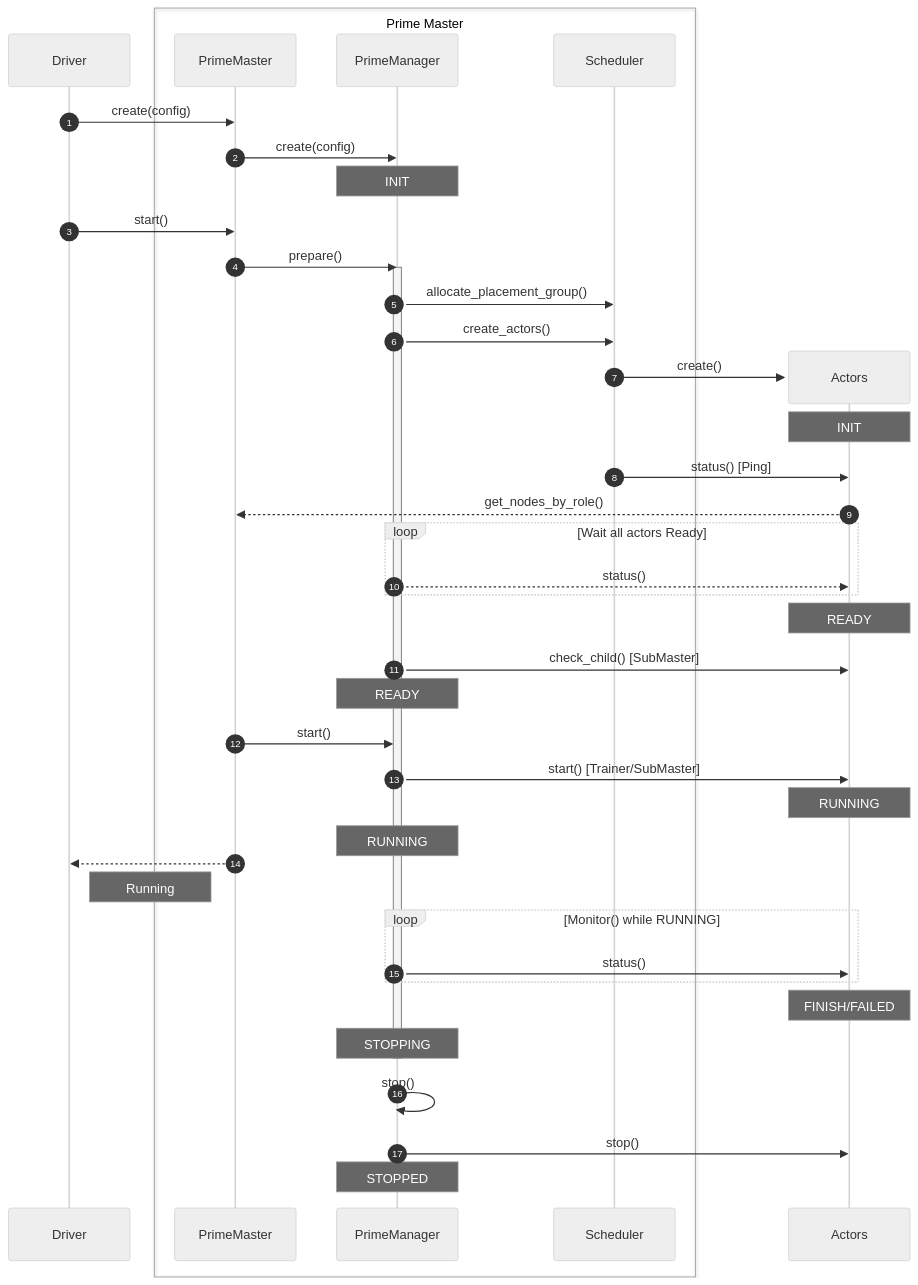
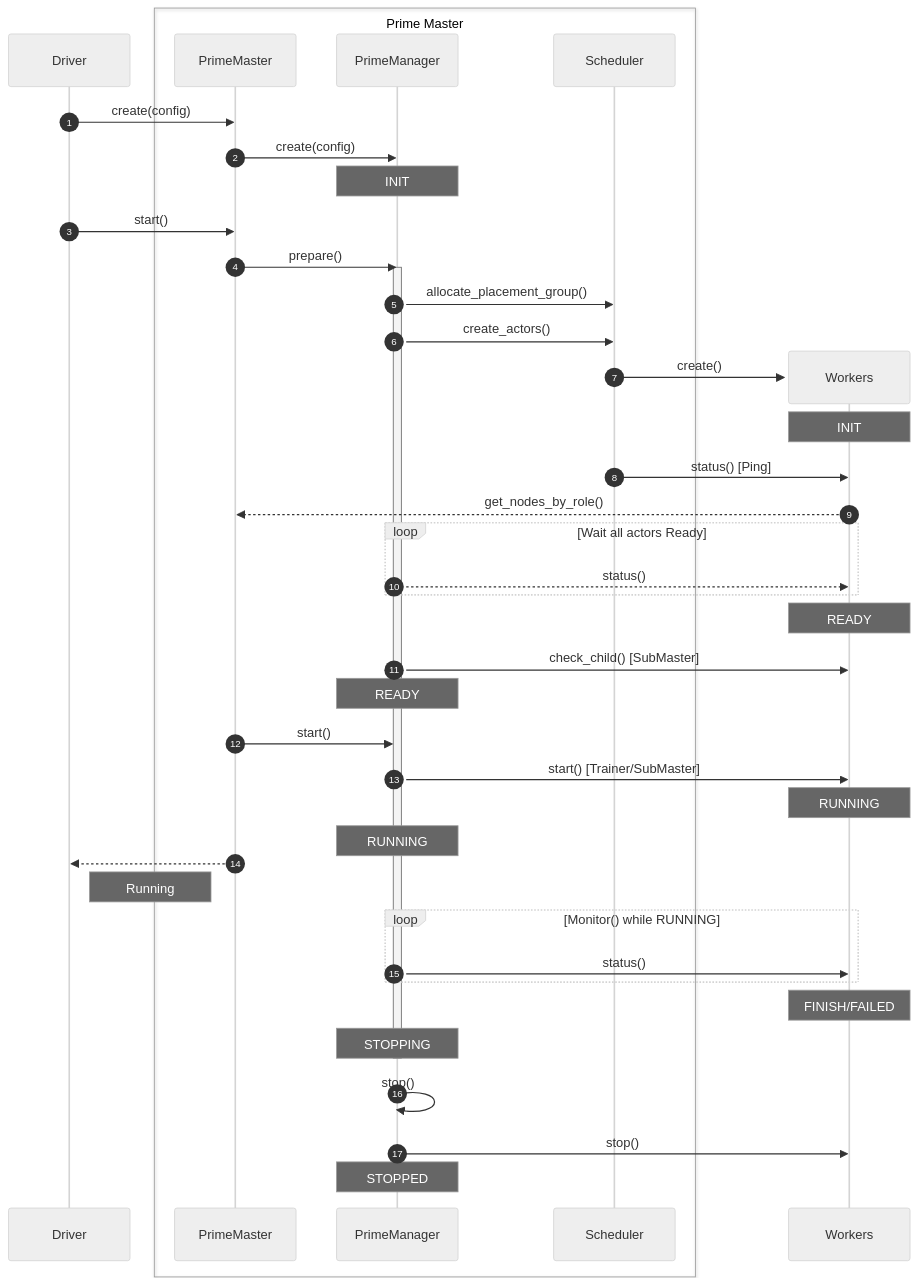
One commit to intelligent-machine-learning/dlrover changed the first of 5 diagrams in docs/design/unified-design.md. Above: the diagram before and after it, drawn with Mermaid (neutral theme). The commit also changed other lines of this file, not shown here.

````diff
--- a/docs/design/unified-design.md
+++ b/docs/design/unified-design.md
@@ -77,51 +87,51 @@
 ```mermaid
 %% @formatter:off
 sequenceDiagram
     autonumber
     participant Driver
     box Prime Master
         participant PrimeMaster
         participant PrimeManager
         participant Scheduler
     end
 
     Driver ->> PrimeMaster: create(config)
     PrimeMaster ->> PrimeManager: create(config)
     note over PrimeManager: INIT
 
     Driver ->> PrimeMaster: start()
     PrimeMaster ->> PrimeManager: prepare()
     activate PrimeManager
     PrimeManager ->> Scheduler: allocate_placement_group()
     PrimeManager ->> Scheduler: create_actors()
-    create participant Actors
-    Scheduler ->> Actors: create()
-    note over Actors: INIT
-    Scheduler ->> Actors: status() [Ping]
-    Actors -->> PrimeMaster: get_nodes_by_role()
+    create participant Workers
+    Scheduler ->> Workers: create()
+    note over Workers: INIT
+    Scheduler ->> Workers: status() [Ping]
+    Workers -->> PrimeMaster: get_nodes_by_role()
     loop Wait all actors Ready
-        PrimeManager -->> Actors: status()
+        PrimeManager -->> Workers: status()
     end
-    note over Actors: READY
-    PrimeManager ->> Actors: check_child() [SubMaster]
+    note over Workers: READY
+    PrimeManager ->> Workers: check_child() [SubMaster]
     note over PrimeManager: READY
   
     PrimeMaster ->> PrimeManager: start()
-    PrimeManager ->> Actors: start() [Trainer/SubMaster]
-    note over Actors: RUNNING
+    PrimeManager ->> Workers: start() [Trainer/SubMaster]
+    note over Workers: RUNNING
     note over PrimeManager: RUNNING
     PrimeMaster -->> Driver: 
     note right of Driver: Running
 
     loop Monitor() while RUNNING
-        PrimeManager ->> Actors: status()
+        PrimeManager ->> Workers: status()
     end
-    note over Actors: FINISH/FAILED
+    note over Workers: FINISH/FAILED
 
     note over PrimeManager: STOPPING
     deactivate PrimeManager
     PrimeManager ->> PrimeManager: stop()
-    PrimeManager ->> Actors: stop()
+    PrimeManager ->> Workers: stop()
     note over PrimeManager: STOPPED
 %% @formatter:on
 ```
````
